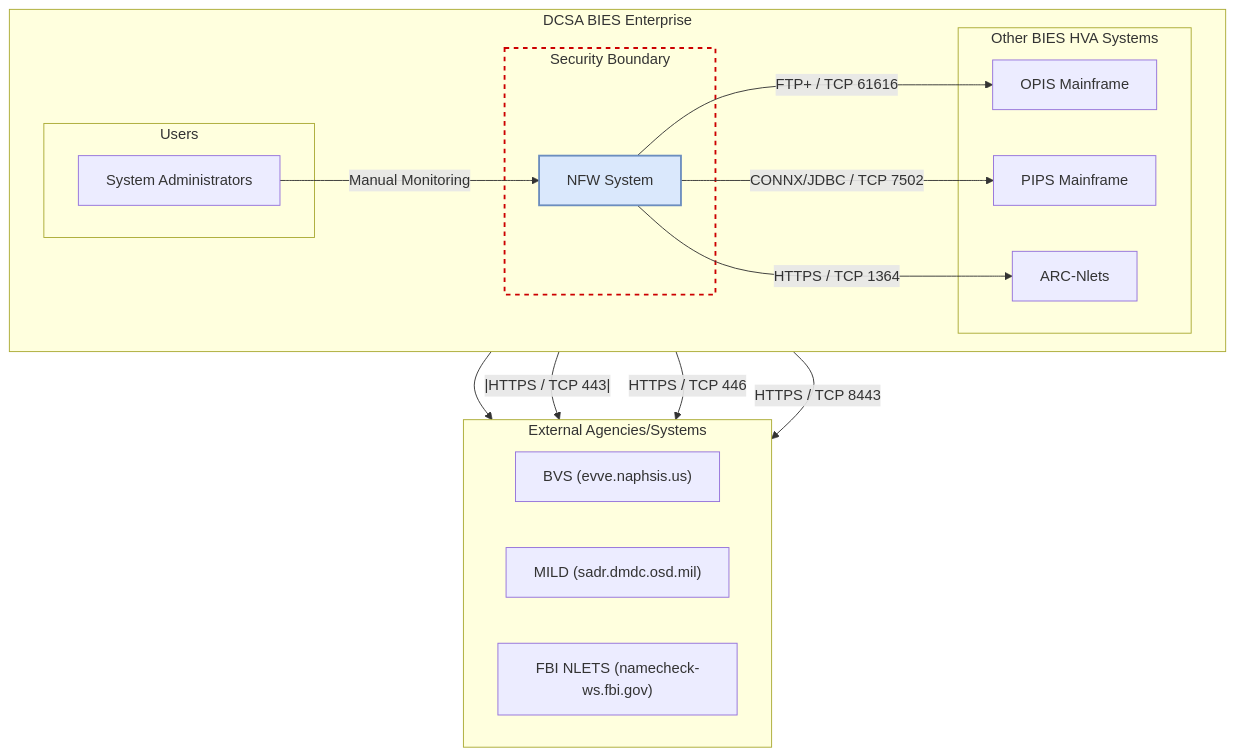
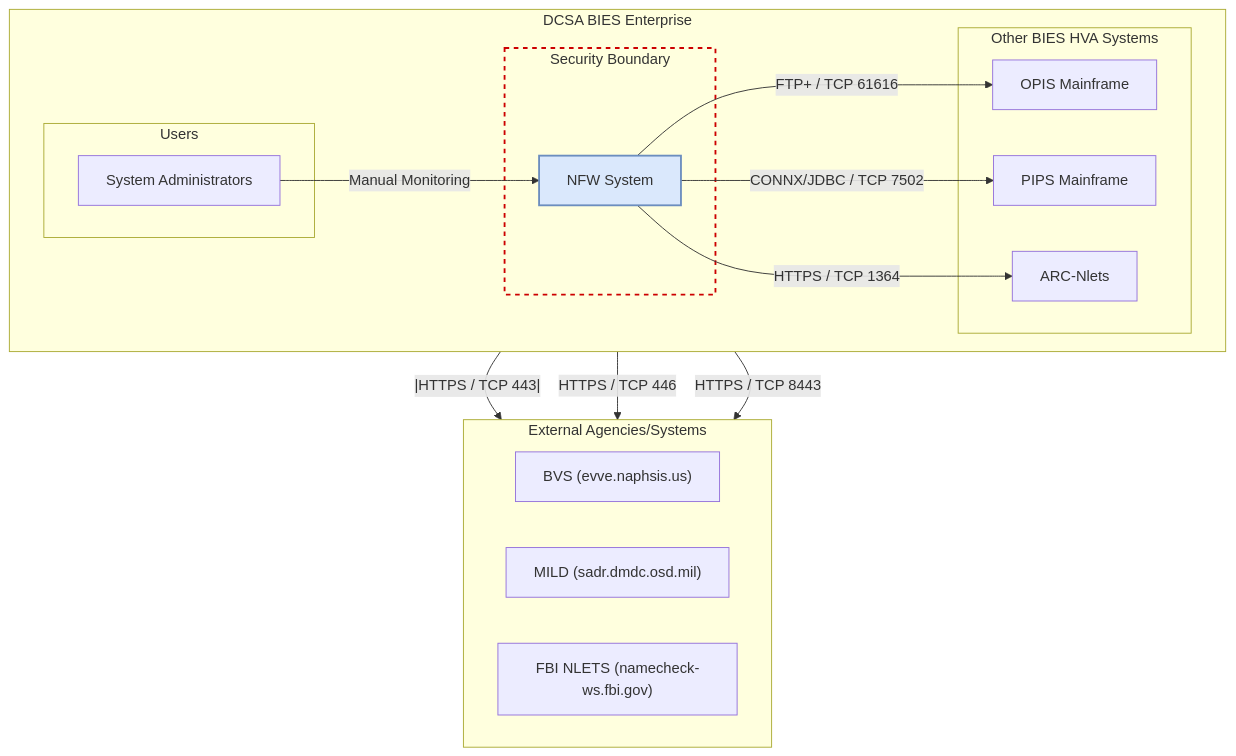
Before and after one commit to denwilliams7/bies_architecture1: the diagram in NFW_context_diagram_V4.mmd, drawn with Mermaid.

```diff
--- a/NFW_context_diagram_V4.mmd
+++ b/NFW_context_diagram_V4.mmd
@@ -1,45 +1,47 @@
 graph TD
     subgraph DCSA_BIES_Enterprise [DCSA BIES Enterprise]
         direction LR
         
         subgraph Other_BIES_Systems [Other BIES HVA Systems]
             PIPS[PIPS Mainframe]
             OPIS[OPIS Mainframe]
             ARC_Nlets[ARC-Nlets]
         end
         
         subgraph Security_Boundary [Security Boundary]
             NFW[NFW System]
         end
 
         subgraph Users
              Admin[System Administrators]
         end
     end
 
-    NFW --> BVS
+    NFW -- |HTTPS / TCP 443| --> BVS
+    NFW -- "HTTPS / TCP 446" --> MILD
+    NFW -- "HTTPS / TCP 8443" --> FBI_NLETS
 
     subgraph External_Systems [External Agencies/Systems]
         direction LR
         BVS["BVS (evve.naphsis.us)"]
         MILD["MILD (sadr.dmdc.osd.mil)"]
         FBI_NLETS["FBI NLETS (namecheck-ws.fbi.gov)"]
     end
 
     %% Connections
     Admin -- "Manual Monitoring" --> NFW
     
     %% Internal Connections based on Table 8
     NFW -- "FTP+ / TCP 61616" --> OPIS
     NFW -- "CONNX/JDBC / TCP 7502" --> PIPS
     NFW -- "HTTPS / TCP 1364" --> ARC_Nlets
     
     %% External Connections based on Table 8
-    NFW -- |HTTPS / TCP 443| --> BVS
-    NFW -- "HTTPS / TCP 446" --> MILD
-    NFW -- "HTTPS / TCP 8443" --> FBI_NLETS
+    %% NFW -- |HTTPS / TCP 443| --> BVS
+    %% NFW -- "HTTPS / TCP 446" --> MILD
+    %% NFW -- "HTTPS / TCP 8443" --> FBI_NLETS
 
     %% Styling
     style NFW fill:#dae8fc,stroke:#6c8ebf,stroke-width:2px
     classDef securityBoundary fill:none,stroke:#c00,stroke-width:2px,stroke-dasharray:5
     class Security_Boundary securityBoundary
```
